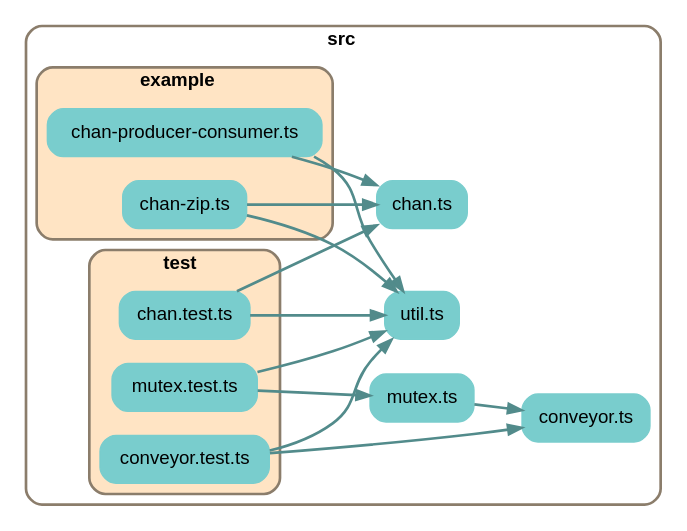
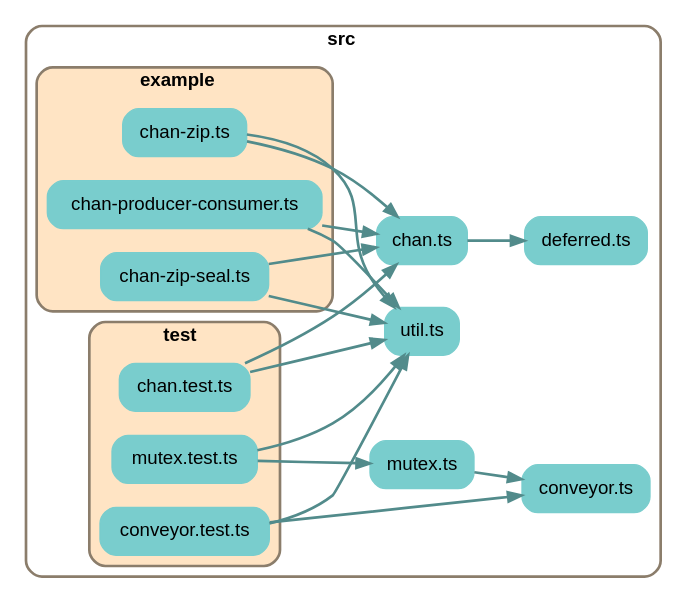
The diagram in depchart/depchart-all.dot (cinnamon-bun/concurrency-friends), drawn with Graphviz before and after one commit. The commit also changed 5 other files, not shown here.

```diff
--- a/depchart/depchart-all.dot
+++ b/depchart/depchart-all.dot
@@ -1,63 +1,68 @@
 
 digraph G {
     //splines=line;
     //splines=polyline;
     splines=true;
     rankdir=LR;
     //newrank=true;
     compound=true;
     graph [fontname = "helvetica"];  // dpi=72
     node [fontname = "helvetica"];
     edge [fontname = "helvetica"];
     
     // files in their folder clusters
 
-    subgraph cluster2843651513 {
+    subgraph cluster1055115927 {
         label=<<b>src</b>>;
         style="rounded";
         color=bisque4;
         penwidth=2;
                 
         "src/chan.ts" [label="chan.ts", shape=rectangle; style="rounded,filled"; color=darkslategray3];
         "src/conveyor.ts" [label="conveyor.ts", shape=rectangle; style="rounded,filled"; color=darkslategray3];
+        "src/deferred.ts" [label="deferred.ts", shape=rectangle; style="rounded,filled"; color=darkslategray3];
         "src/mutex.ts" [label="mutex.ts", shape=rectangle; style="rounded,filled"; color=darkslategray3];
         "src/util.ts" [label="util.ts", shape=rectangle; style="rounded,filled"; color=darkslategray3];
 
-        subgraph cluster6036122416 {
+        subgraph cluster640717230 {
             label=<<b>example</b>>;
             style="rounded,filled";
             fillcolor=bisque;
             color=bisque4;
             penwidth=2;
                 
             "src/example/chan-producer-consumer.ts" [label="chan-producer-consumer.ts", shape=rectangle; style="rounded,filled"; color=darkslategray3];
+            "src/example/chan-zip-seal.ts" [label="chan-zip-seal.ts", shape=rectangle; style="rounded,filled"; color=darkslategray3];
             "src/example/chan-zip.ts" [label="chan-zip.ts", shape=rectangle; style="rounded,filled"; color=darkslategray3];
         }
 
-        subgraph cluster912766182 {
+        subgraph cluster3159672447 {
             label=<<b>test</b>>;
             style="rounded,filled";
             fillcolor=bisque;
             color=bisque4;
             penwidth=2;
                 
             "src/test/chan.test.ts" [label="chan.test.ts", shape=rectangle; style="rounded,filled"; color=darkslategray3];
             "src/test/conveyor.test.ts" [label="conveyor.test.ts", shape=rectangle; style="rounded,filled"; color=darkslategray3];
             "src/test/mutex.test.ts" [label="mutex.test.ts", shape=rectangle; style="rounded,filled"; color=darkslategray3];
         }
     }
 
     // edges between files
+    "src/chan.ts" -> "src/deferred.ts" [penwidth=2; color=darkslategray4];
     "src/example/chan-producer-consumer.ts" -> "src/chan.ts" [penwidth=2; color=darkslategray4];
     "src/example/chan-producer-consumer.ts" -> "src/util.ts" [penwidth=2; color=darkslategray4];
+    "src/example/chan-zip-seal.ts" -> "src/chan.ts" [penwidth=2; color=darkslategray4];
+    "src/example/chan-zip-seal.ts" -> "src/util.ts" [penwidth=2; color=darkslategray4];
     "src/example/chan-zip.ts" -> "src/chan.ts" [penwidth=2; color=darkslategray4];
     "src/example/chan-zip.ts" -> "src/util.ts" [penwidth=2; color=darkslategray4];
     "src/mutex.ts" -> "src/conveyor.ts" [penwidth=2; color=darkslategray4];
     "src/test/chan.test.ts" -> "src/chan.ts" [penwidth=2; color=darkslategray4];
     "src/test/chan.test.ts" -> "src/util.ts" [penwidth=2; color=darkslategray4];
     "src/test/conveyor.test.ts" -> "src/conveyor.ts" [penwidth=2; color=darkslategray4];
     "src/test/conveyor.test.ts" -> "src/util.ts" [penwidth=2; color=darkslategray4];
     "src/test/mutex.test.ts" -> "src/mutex.ts" [penwidth=2; color=darkslategray4];
     "src/test/mutex.test.ts" -> "src/util.ts" [penwidth=2; color=darkslategray4];
 
 }
```
